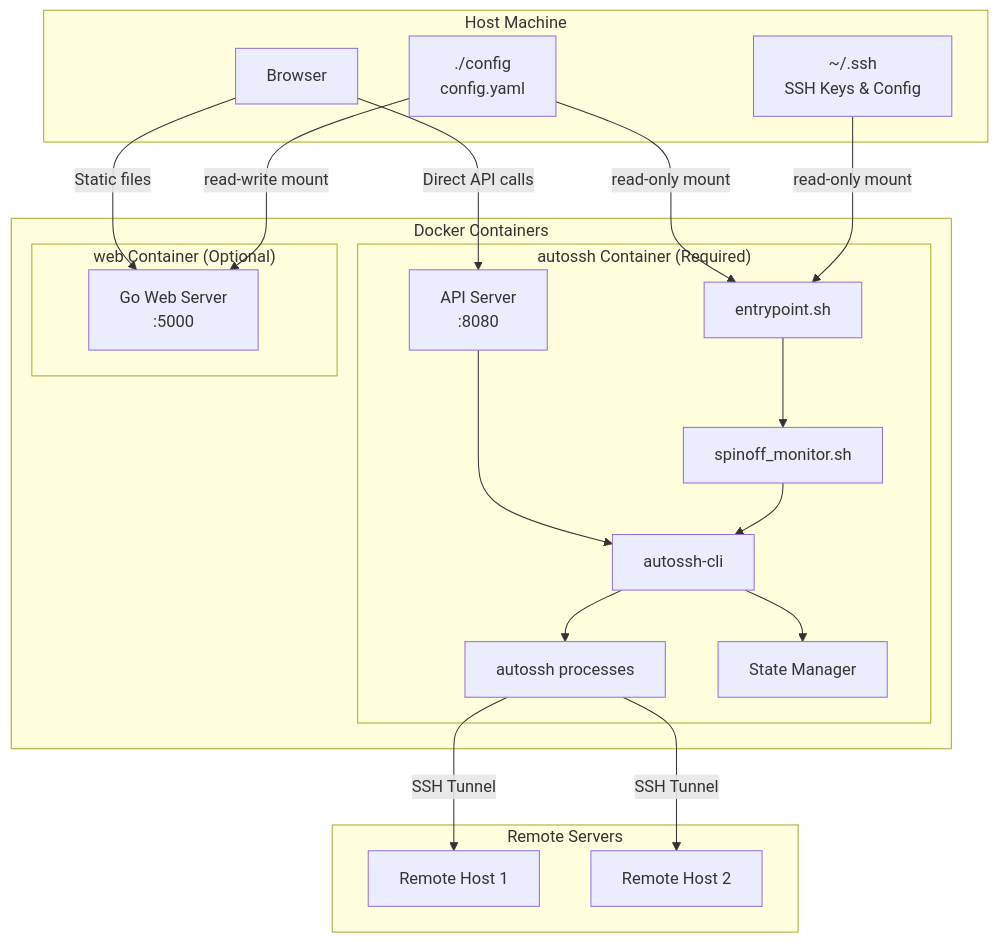
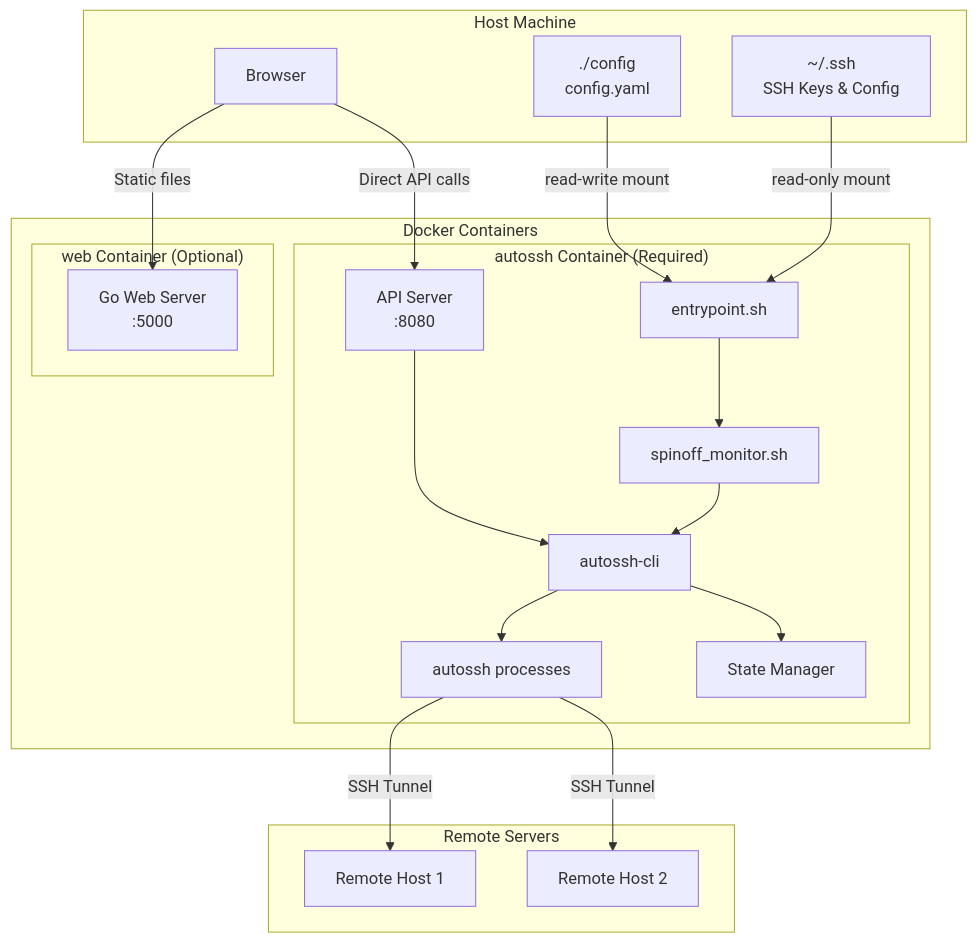
One commit to Oaklight/autossh-tunnel-dockerized changed the first of 3 diagrams in docs/architecture.md. Above: the diagram before and after it, drawn with Mermaid. The commit also changed other lines of this file, not shown here.

First line of the commit message:
docs: update architecture for v2.1.0 changes

````diff
--- a/docs/architecture.md
+++ b/docs/architecture.md
@@ -15,44 +15,43 @@
 ```mermaid
 graph TB
     subgraph "Host Machine"
         SSH[~/.ssh<br/>SSH Keys & Config]
         CONFIG[./config<br/>config.yaml]
         BROWSER[Browser]
     end
     
     subgraph "Docker Containers"
         subgraph "autossh Container (Required)"
             ENTRY[entrypoint.sh]
             MONITOR[spinoff_monitor.sh]
             CLI[autossh-cli]
             API[API Server<br/>:8080]
             AUTOSSH[autossh processes]
             STATE[State Manager]
         end
         
         subgraph "web Container (Optional)"
             WEBSERVER[Go Web Server<br/>:5000]
         end
     end
     
     subgraph "Remote Servers"
         REMOTE1[Remote Host 1]
         REMOTE2[Remote Host 2]
     end
     
     SSH -->|read-only mount| ENTRY
-    CONFIG -->|read-only mount| ENTRY
-    CONFIG -->|read-write mount| WEBSERVER
+    CONFIG -->|read-write mount| ENTRY
+    BROWSER -->|Static files| WEBSERVER
     
     ENTRY --> MONITOR
     MONITOR --> CLI
     CLI --> STATE
     CLI --> AUTOSSH
     API --> CLI
     
-    BROWSER -->|Static files| WEBSERVER
     BROWSER -->|Direct API calls| API
     
     AUTOSSH -->|SSH Tunnel| REMOTE1
     AUTOSSH -->|SSH Tunnel| REMOTE2
 ```
````
